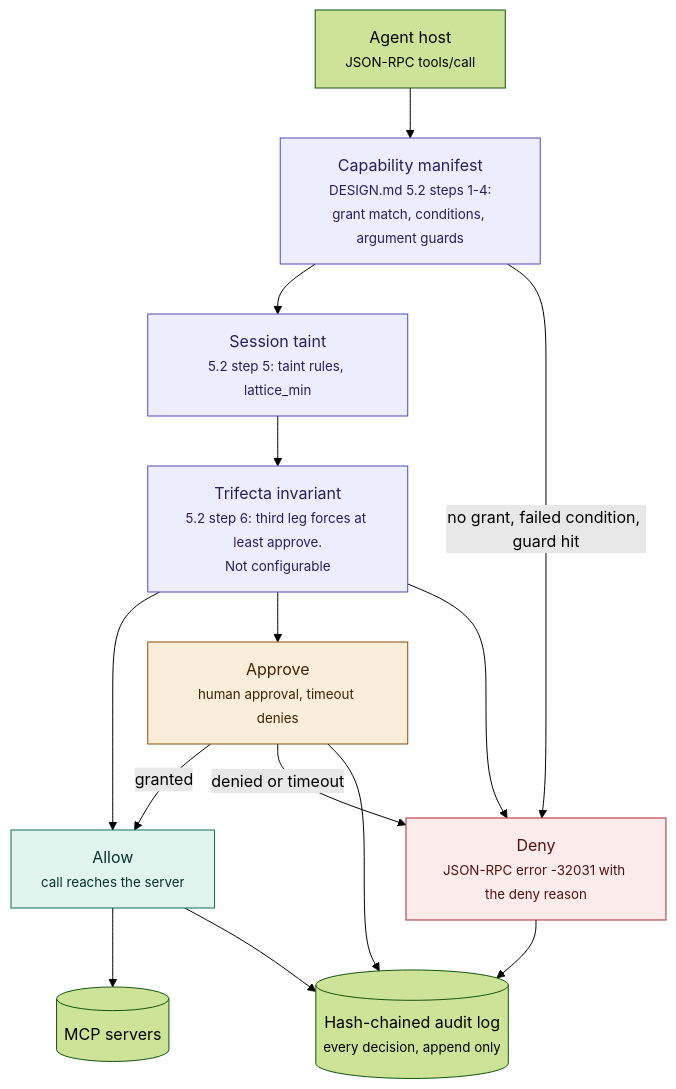
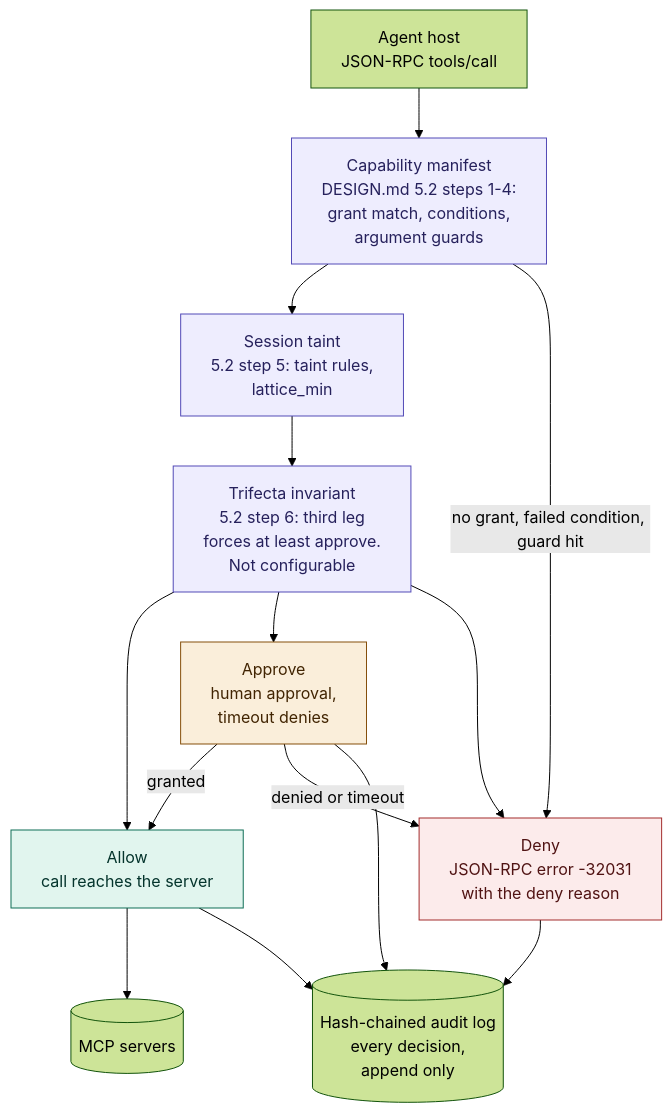
Before and after one commit to bawbel/gate: the diagram in README.md, drawn with Mermaid (forest theme).

Commit message:
docs: drop <small> from diagram labels; GitHub clips their last line

````diff
--- a/README.md
+++ b/README.md
@@ -49,33 +49,33 @@
 ```mermaid
 flowchart TD
-    HOST["Agent host<br/><small>JSON-RPC tools/call</small>"]
-    M["Capability manifest<br/><small>DESIGN.md 5.2 steps 1-4:<br/>grant match, conditions, argument guards</small>"]
-    T["Session taint<br/><small>5.2 step 5: taint rules, lattice_min</small>"]
-    TRI["Trifecta invariant<br/><small>5.2 step 6: third leg forces at least approve.<br/>Not configurable</small>"]
-    A["Allow<br/><small>call reaches the server</small>"]
-    AP["Approve<br/><small>human approval, timeout denies</small>"]
-    D["Deny<br/><small>JSON-RPC error -32031 with the deny reason</small>"]
-    AUD[("Hash-chained audit log<br/><small>every decision, append only</small>")]
+    HOST["Agent host<br/>JSON-RPC tools/call"]
+    M["Capability manifest<br/>DESIGN.md 5.2 steps 1-4:<br/>grant match, conditions,<br/>argument guards"]
+    T["Session taint<br/>5.2 step 5: taint rules,<br/>lattice_min"]
+    TRI["Trifecta invariant<br/>5.2 step 6: third leg<br/>forces at least approve.<br/>Not configurable"]
+    A["Allow<br/>call reaches the server"]
+    AP["Approve<br/>human approval,<br/>timeout denies"]
+    D["Deny<br/>JSON-RPC error -32031<br/>with the deny reason"]
+    AUD[("Hash-chained audit log<br/>every decision,<br/>append only")]
     SRV[("MCP servers")]
 
     HOST --> M --> T --> TRI
     M -->|"no grant, failed condition, guard hit"| D
     TRI --> A
     TRI --> AP
     TRI --> D
     AP -->|granted| A
     AP -->|"denied or timeout"| D
     A --> SRV
     A --> AUD
     AP --> AUD
     D --> AUD
 
     classDef check fill:#EEEDFE,stroke:#534AB7,color:#26215C
     classDef ok fill:#E1F5EE,stroke:#0F6E56,color:#04342C
     classDef warn fill:#FAEEDA,stroke:#854F0B,color:#412402
     classDef bad fill:#FCEBEB,stroke:#A32D2D,color:#501313
     class M,T,TRI check
     class A ok
     class AP warn
     class D bad
 ```
````
